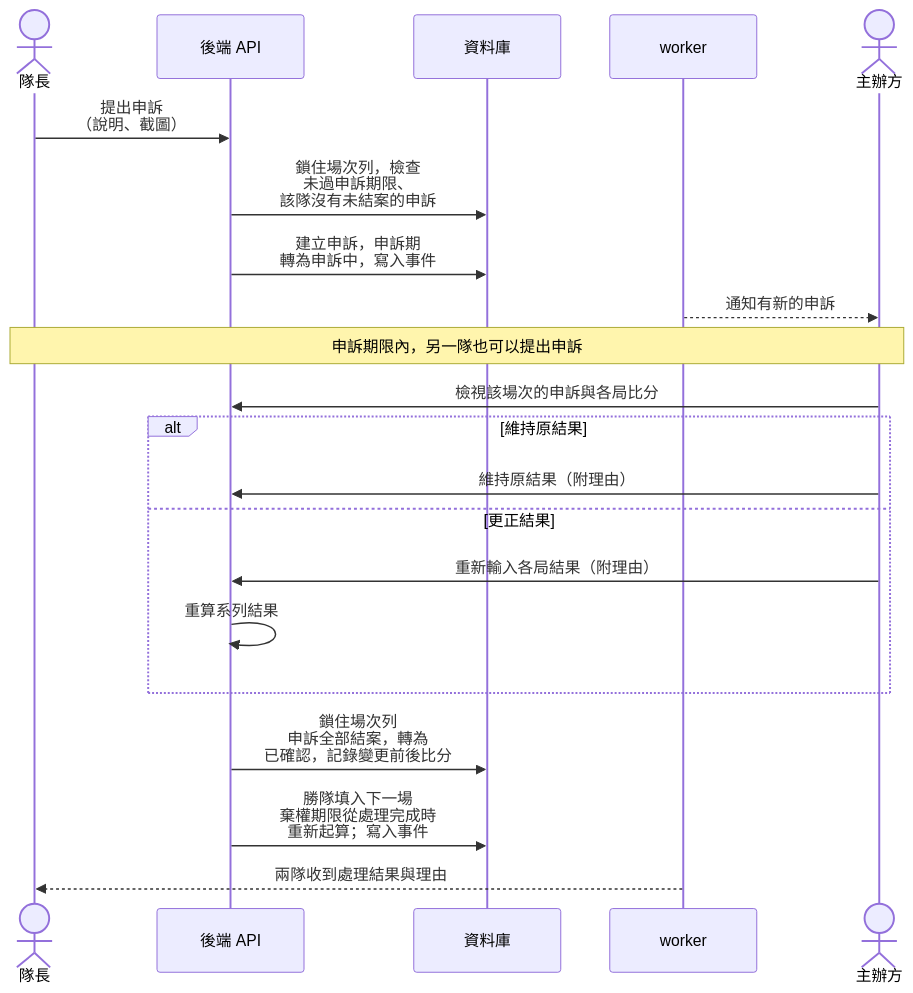
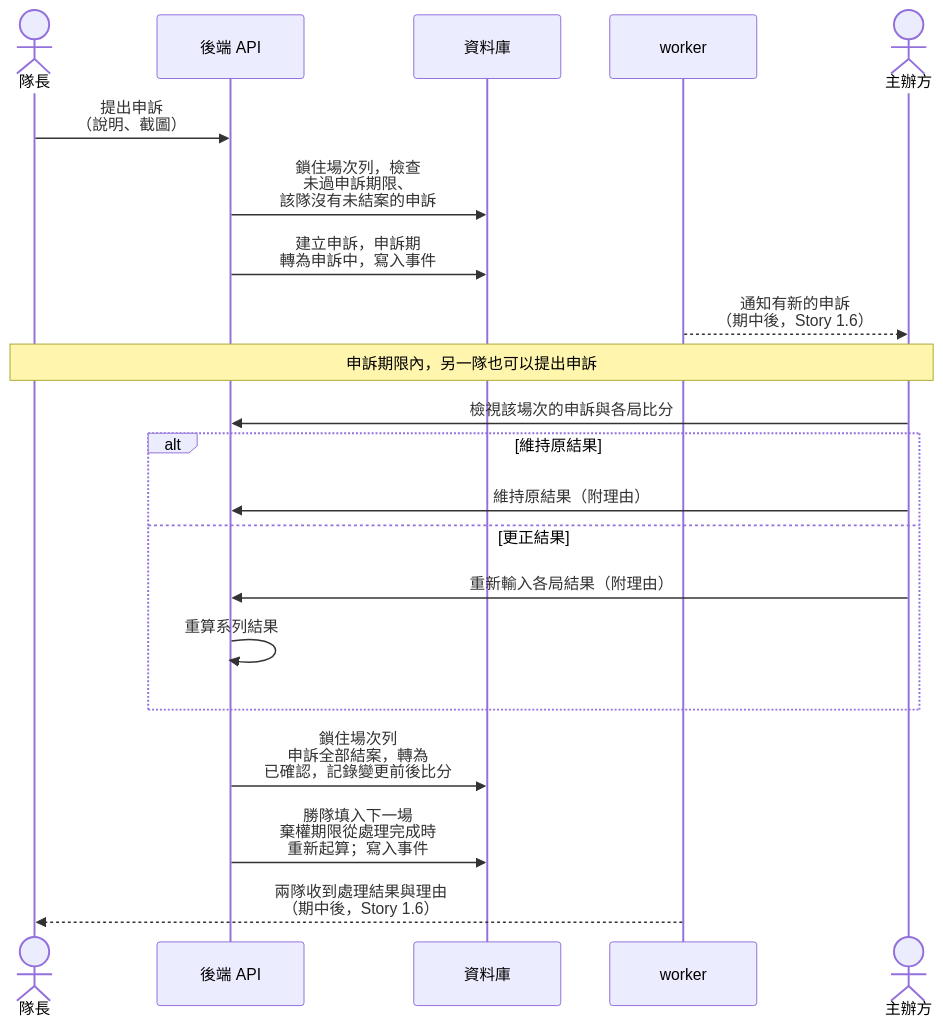
Diagram 19 of 19 in docs/midterm/B-軟體需求分析文件.md (Team14good/esport-platform), drawn with Mermaid before and after one commit. The commit also changed other lines of this file and 12 other files, not shown here.

````diff
--- a/docs/midterm/B-軟體需求分析文件.md
+++ b/docs/midterm/B-軟體需求分析文件.md
@@ -1407,23 +1410,23 @@
 ```mermaid
 sequenceDiagram
   actor Cap as 隊長
   participant API as 後端 API
   participant DB as 資料庫
   participant W as worker
   actor Org as 主辦方
   Cap->>API: 提出申訴<br/>（說明、截圖）
   API->>DB: 鎖住場次列，檢查<br/>未過申訴期限、<br/>該隊沒有未結案的申訴
   API->>DB: 建立申訴，申訴期<br/>轉為申訴中，寫入事件
-  W-->>Org: 通知有新的申訴
+  W-->>Org: 通知有新的申訴<br/>（期中後，Story 1.6）
   Note over Cap,Org: 申訴期限內，另一隊也可以提出申訴
   Org->>API: 檢視該場次的申訴與各局比分
   alt 維持原結果
     Org->>API: 維持原結果（附理由）
   else 更正結果
     Org->>API: 重新輸入各局結果（附理由）
     API->>API: 重算系列結果
   end
   API->>DB: 鎖住場次列<br/>申訴全部結案，轉為<br/>已確認，記錄變更前後比分
   API->>DB: 勝隊填入下一場<br/>棄權期限從處理完成時<br/>重新起算；寫入事件
-  W-->>Cap: 兩隊收到處理結果與理由
+  W-->>Cap: 兩隊收到處理結果與理由<br/>（期中後，Story 1.6）
 ```
````
